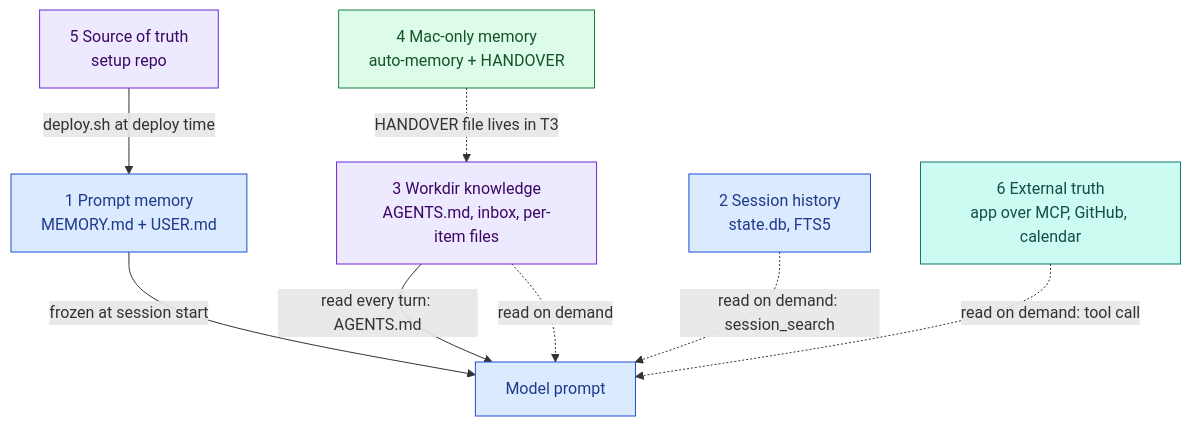
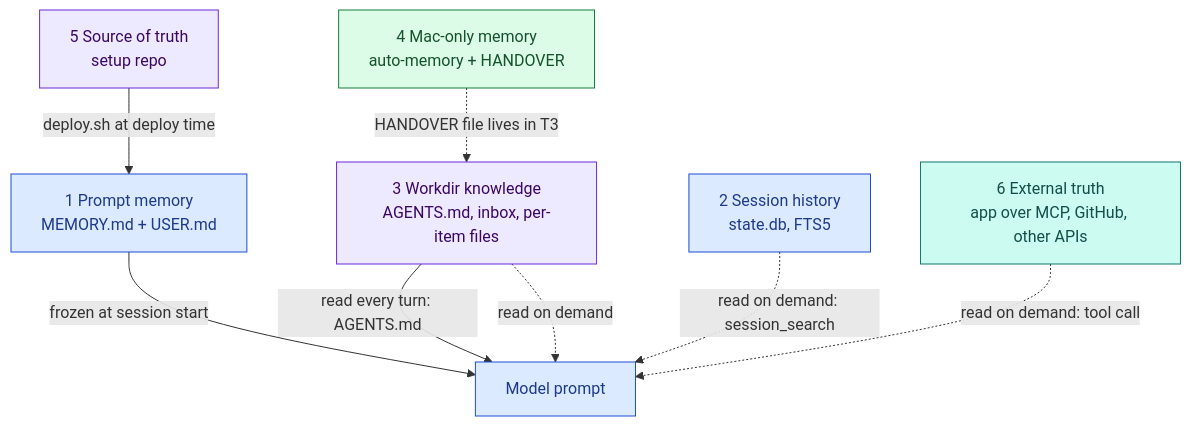
One commit to icrona/hermes-agent-architecture changed the first of 2 diagrams in docs/03-shared-memory.md. Above: the diagram before and after it, drawn with Mermaid. The commit also changed other lines of this file and 7 other files, not shown here.

Commit message:
Make profile descriptions vaguer: no domain detail for the five profiles or the external app

````diff
--- a/docs/03-shared-memory.md
+++ b/docs/03-shared-memory.md
@@ -5,22 +5,22 @@
 ```mermaid
 flowchart TB
     T1["1 Prompt memory<br/>MEMORY.md + USER.md"]:::box
     T2["2 Session history<br/>state.db, FTS5"]:::box
     T3["3 Workdir knowledge<br/>AGENTS.md, inbox, per-item files"]:::github
     T4["4 Mac-only memory<br/>auto-memory + HANDOVER"]:::mac
     T5["5 Source of truth<br/>setup repo"]:::github
-    T6["6 External truth<br/>app over MCP, GitHub, calendar"]:::external
+    T6["6 External truth<br/>app over MCP, GitHub, other APIs"]:::external
     T1 -->|frozen at session start| P["Model prompt"]:::box
     T3 -->|read every turn: AGENTS.md| P
     T3 -.->|read on demand| P
     T2 -.->|read on demand: session_search| P
     T6 -.->|read on demand: tool call| P
     T5 -->|deploy.sh at deploy time| T1
     T4 -.->|HANDOVER file lives in T3| T3
     classDef box fill:#dbeafe,stroke:#1d4ed8,color:#1e3a8a
     classDef mac fill:#dcfce7,stroke:#15803d,color:#14532d
     classDef github fill:#ede9fe,stroke:#6d28d9,color:#3b0764
     classDef owner fill:#fef3c7,stroke:#b45309,color:#78350f
     classDef external fill:#ccfbf1,stroke:#0f766e,color:#134e4a
     classDef secret fill:#fee2e2,stroke:#b91c1c,color:#7f1d1d,stroke-dasharray:4 2
 ```
````
